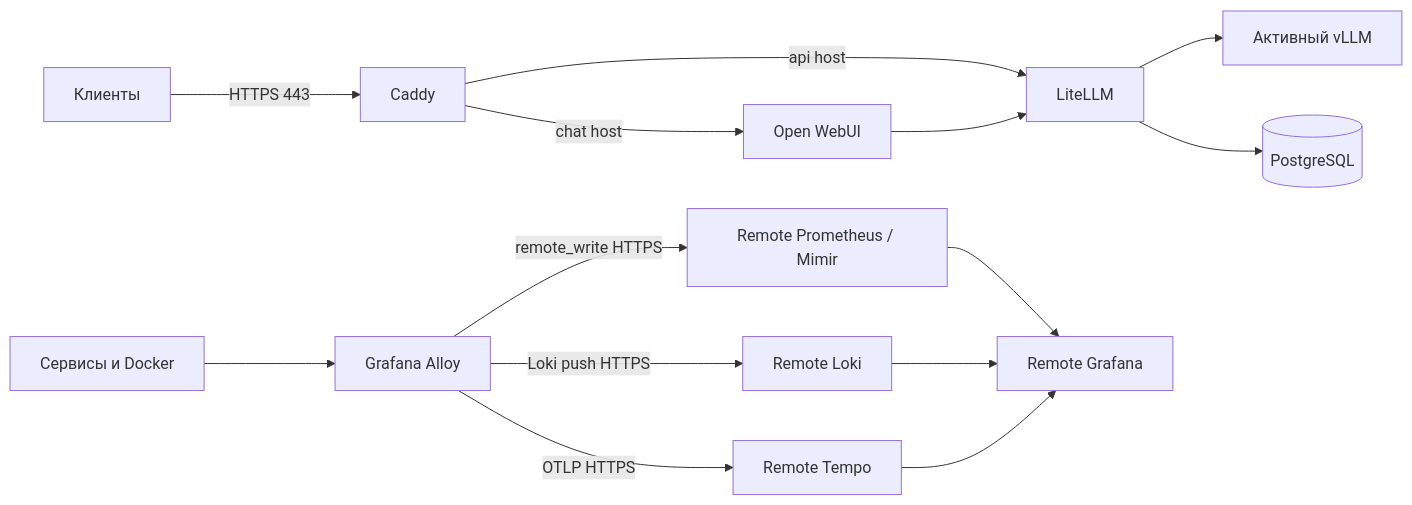
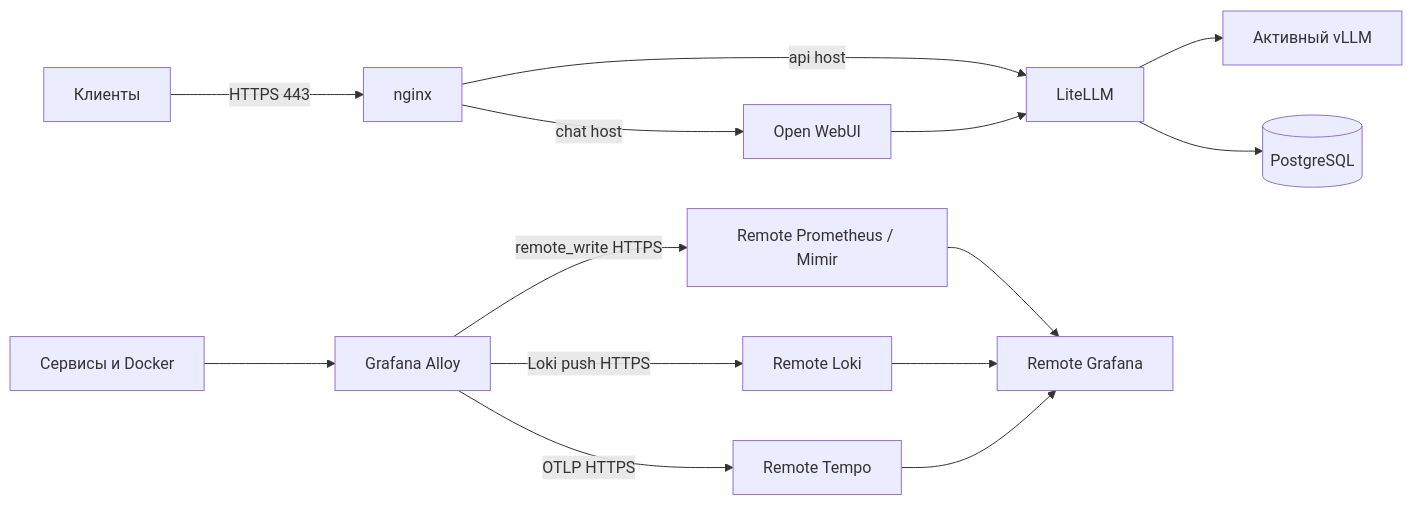
The third of 3 diagrams in docs/architecture.md (TheMrDJek/observable-vllm-stack), drawn with Mermaid before and after one commit. The commit also changed other lines of this file and 10 other files, not shown here.

````diff
--- a/docs/architecture.md
+++ b/docs/architecture.md
@@ -46,16 +46,16 @@
 ```mermaid
 flowchart LR
-  clients[Клиенты] -->|"HTTPS 443"| caddy[Caddy]
-  caddy -->|"api host"| litellm[LiteLLM]
-  caddy -->|"chat host"| webui[Open WebUI]
+  clients[Клиенты] -->|"HTTPS 443"| nginx[nginx]
+  nginx -->|"api host"| litellm[LiteLLM]
+  nginx -->|"chat host"| webui[Open WebUI]
   litellm --> vllm[Активный vLLM]
   litellm --> postgres[(PostgreSQL)]
   webui --> litellm
   apps[Сервисы и Docker] --> alloy[Grafana Alloy]
   alloy -->|"remote_write HTTPS"| metrics[Remote Prometheus / Mimir]
   alloy -->|"Loki push HTTPS"| logs[Remote Loki]
   alloy -->|"OTLP HTTPS"| traces[Remote Tempo]
   metrics --> remoteGrafana[Remote Grafana]
   logs --> remoteGrafana
   traces --> remoteGrafana
 ```
````
